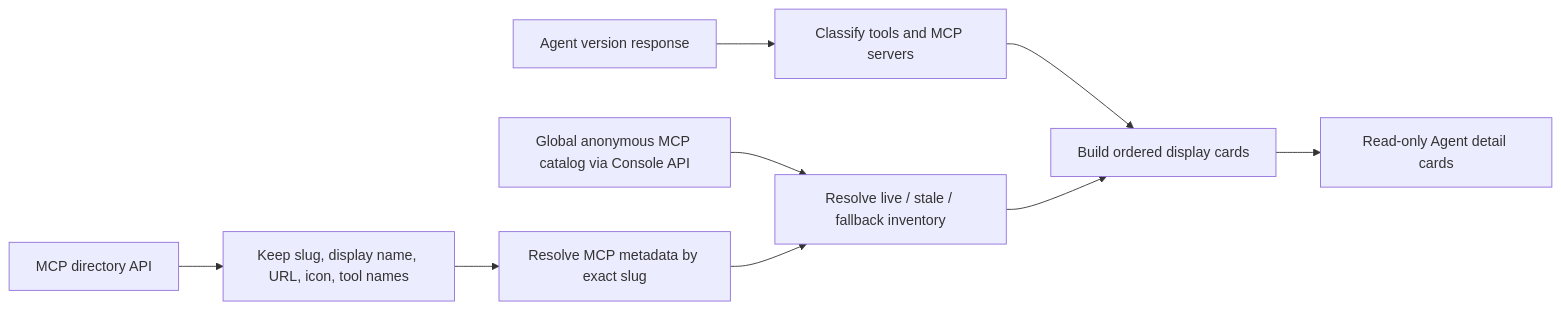
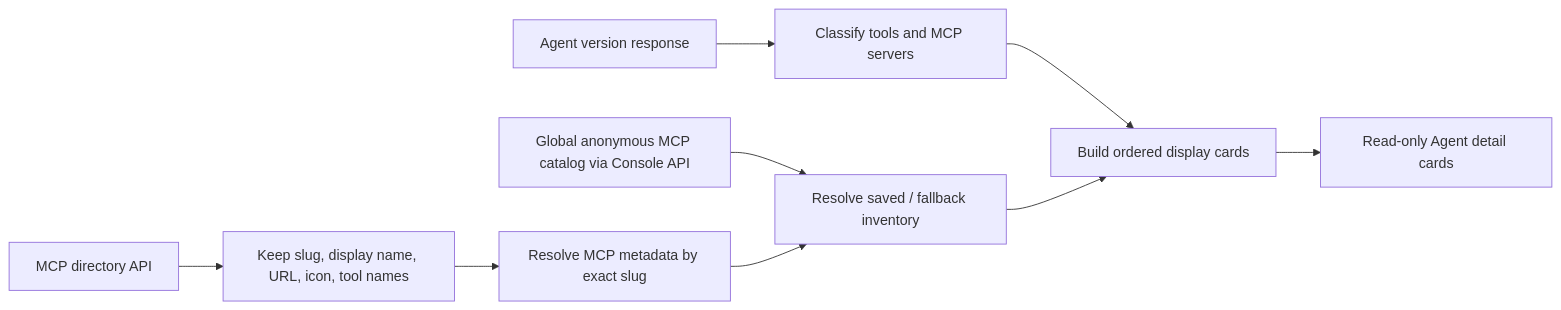
The diagram in docs/design/fe/agent-detail-mcp-tools.md (superduck-ai/open-managed-agents), drawn with Mermaid before and after one commit. The commit also changed other lines of this file and 31 other files, not shown here.

Commit message:
Refactor managed agents frontend and backend flows

````diff
--- a/docs/design/fe/agent-detail-mcp-tools.md
+++ b/docs/design/fe/agent-detail-mcp-tools.md
@@ -21,11 +21,11 @@
 ```mermaid
 flowchart LR
   Agent["Agent version response"] --> Classify["Classify tools and MCP servers"]
   Directory["MCP directory API"] --> Normalize["Keep slug, display name, URL, icon, tool names"]
   Normalize --> Resolve["Resolve MCP metadata by exact slug"]
-  Catalog["Global anonymous MCP catalog via Console API"] --> Inventory["Resolve live / stale / fallback inventory"]
+  Catalog["Global anonymous MCP catalog via Console API"] --> Inventory["Resolve saved / fallback inventory"]
   Resolve --> Inventory
   Classify --> Cards["Build ordered display cards"]
   Inventory --> Cards
   Cards --> Detail["Read-only Agent detail cards"]
 ```
````
